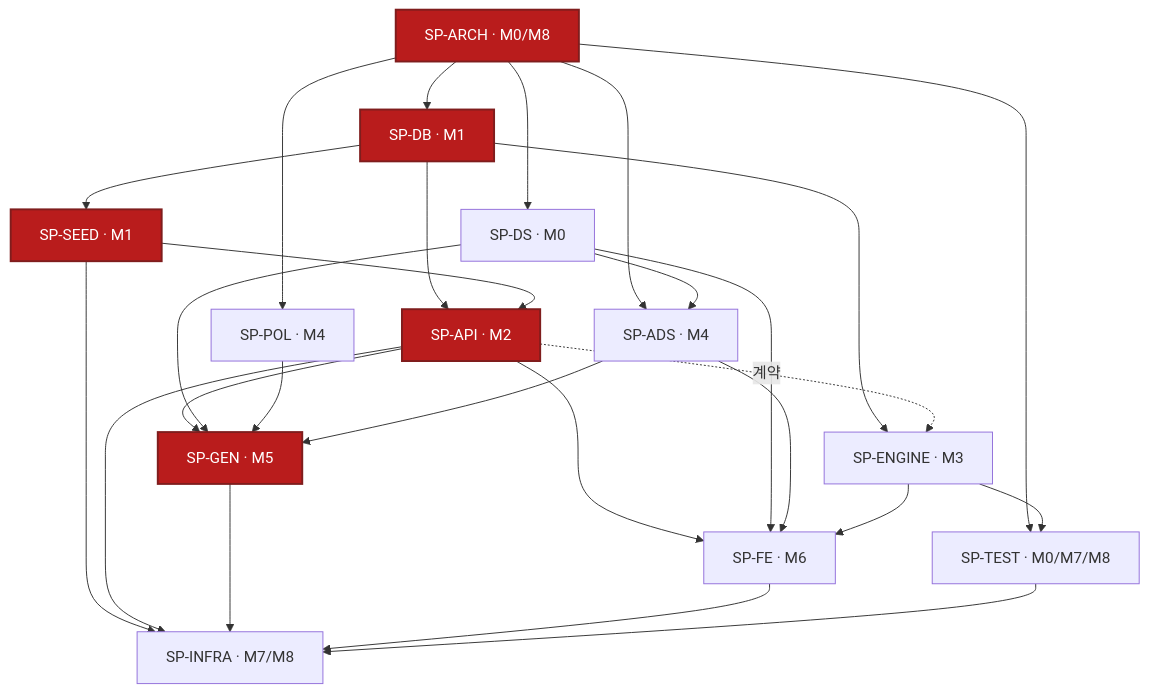
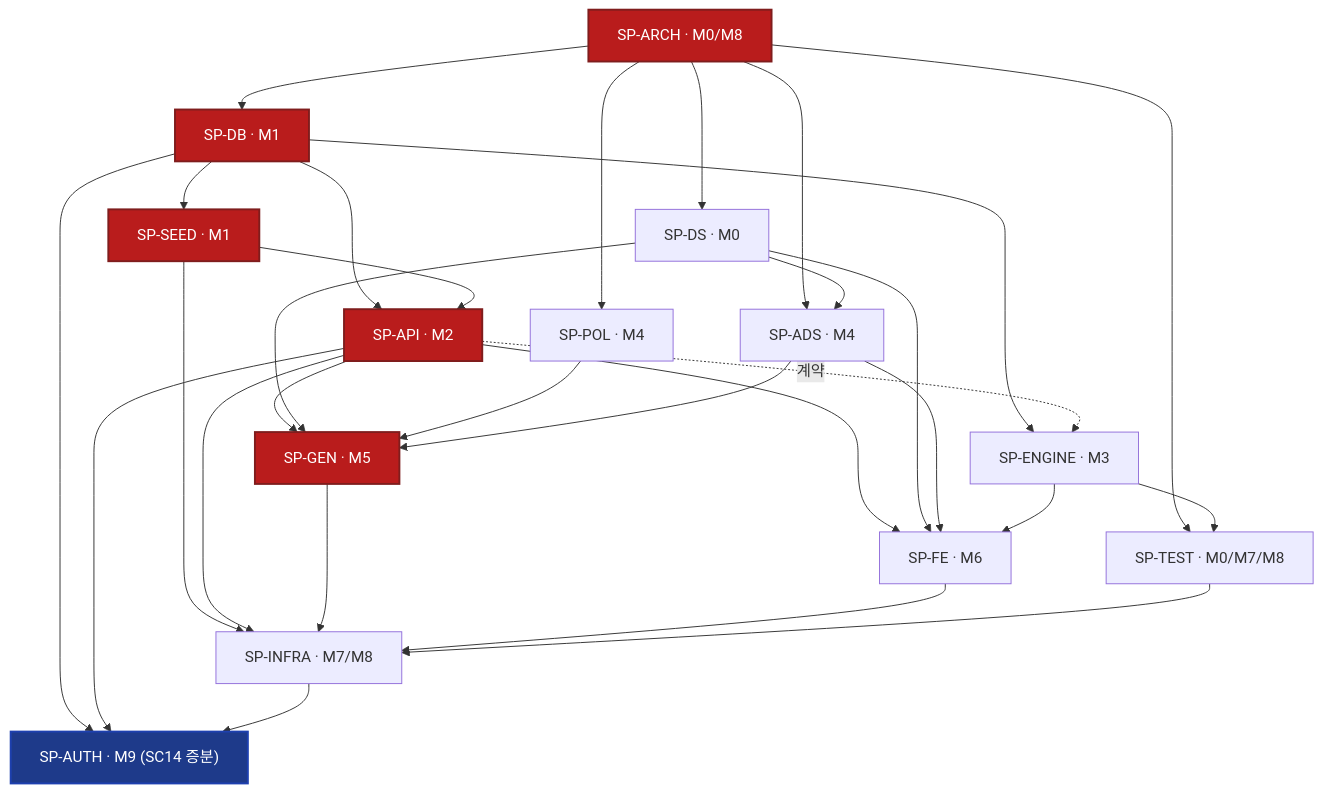
One commit to bji1062/loupit changed the diagram in docs/TASK/00-빌드순서-마일스톤.md. Above: the diagram before and after it, drawn with Mermaid. The commit also changed other lines of this file and 4 other files, not shown here.

````diff
--- a/docs/TASK/00-빌드순서-마일스톤.md
+++ b/docs/TASK/00-빌드순서-마일스톤.md
@@ -27,44 +28,51 @@
 ```mermaid
 graph TD
   ARCH["SP-ARCH · M0/M8"]
   DS["SP-DS · M0"]
   TEST["SP-TEST · M0/M7/M8"]
   DB["SP-DB · M1"]
   SEED["SP-SEED · M1"]
   API["SP-API · M2"]
   ENGINE["SP-ENGINE · M3"]
   ADS["SP-ADS · M4"]
   POL["SP-POL · M4"]
   GEN["SP-GEN · M5"]
   FE["SP-FE · M6"]
   INFRA["SP-INFRA · M7/M8"]
+  AUTH["SP-AUTH · M9 (SC14 증분)"]
 
   ARCH --> DB
   ARCH --> DS
   ARCH --> POL
   ARCH --> ADS
   ARCH --> TEST
   DB --> SEED
   DB --> API
   DB --> ENGINE
   SEED --> API
   API -. 계약 .-> ENGINE
   API --> GEN
   API --> FE
   DS --> ADS
   DS --> GEN
   DS --> FE
   POL --> GEN
   ADS --> GEN
   ADS --> FE
   ENGINE --> FE
   ENGINE --> TEST
   SEED --> INFRA
   API --> INFRA
   GEN --> INFRA
   FE --> INFRA
   TEST --> INFRA
 
+  DB --> AUTH
+  API --> AUTH
+  INFRA --> AUTH
+
   classDef crit fill:#b91c1c,color:#ffffff,stroke:#7f1d1d,stroke-width:2px;
   class ARCH,DB,SEED,API,GEN crit;
+  classDef incr fill:#1e3a8a,color:#ffffff,stroke:#1e40af,stroke-width:2px;
+  class AUTH incr;
 ```
````
